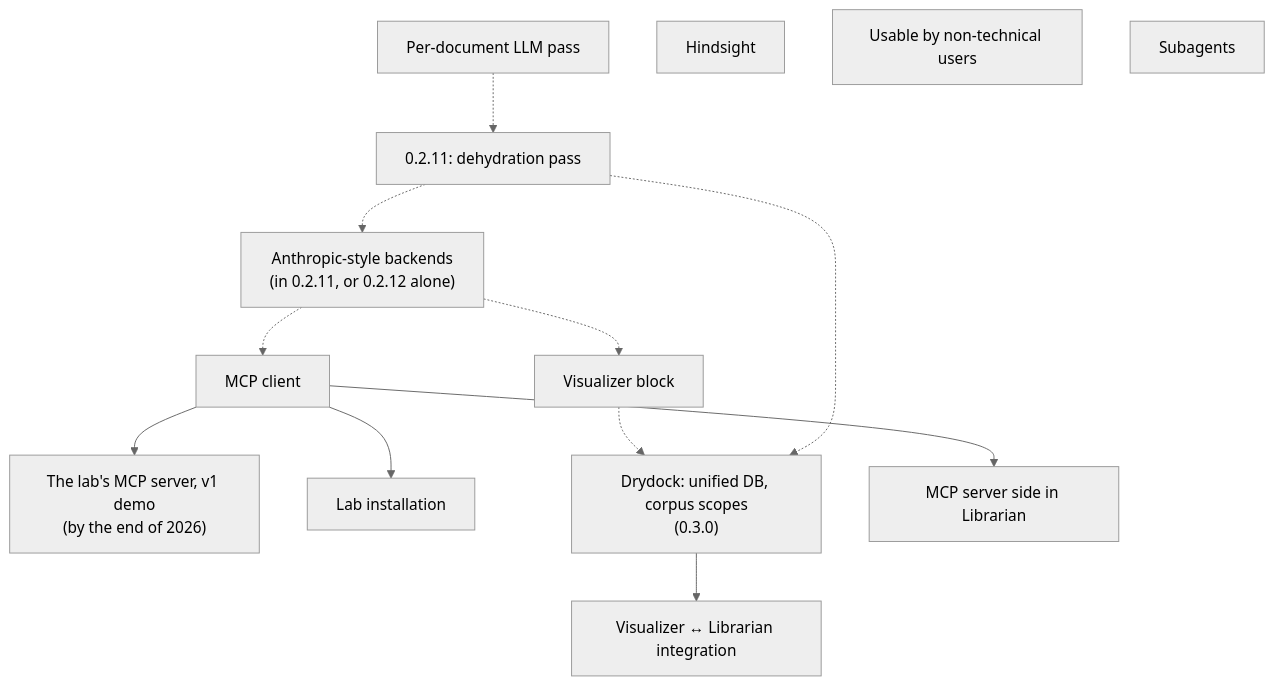
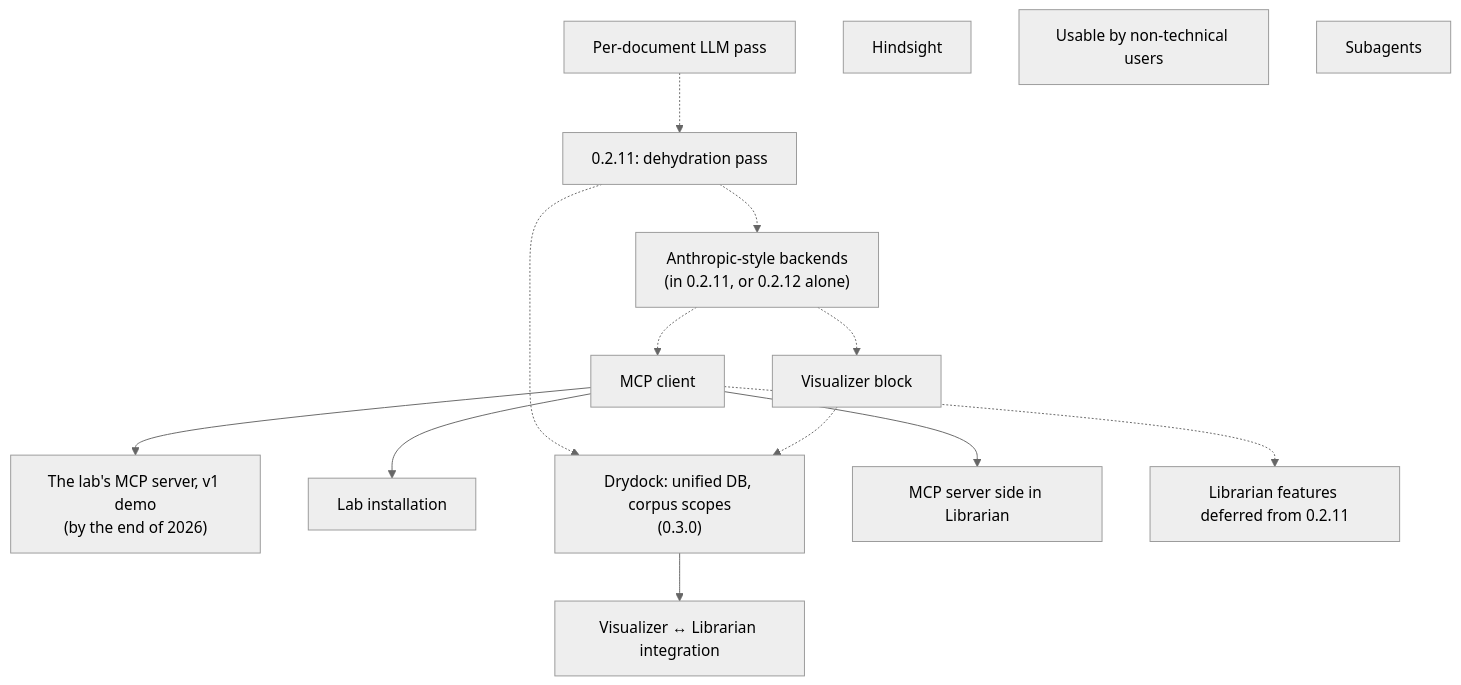
Before and after one commit to Technologicat/raven: the diagram in briefs/roadmap.md, drawn with Mermaid (neutral theme). The commit also changed other lines of this file and 2 other files, not shown here.

First line of the commit message:
Roadmap: the MCP client before the items deferred from 0.2.11

````diff
--- a/briefs/roadmap.md
+++ b/briefs/roadmap.md
@@ -13,27 +13,29 @@
 ```mermaid
 flowchart TD
     PDP["Per-document LLM pass"]
     T11["0.2.11: dehydration pass"]
     ANT["Anthropic-style backends<br/>(in 0.2.11, or 0.2.12 alone)"]
     VIS["Visualizer block"]
     MCP["MCP client"]
     LABMCP["The lab's MCP server, v1 demo<br/>(by the end of 2026)"]
     LABINST["Lab installation"]
     HS["Hindsight"]
     DD["Drydock: unified DB, corpus scopes<br/>(0.3.0)"]
     INTEG["Visualizer ↔ Librarian integration"]
     USE["Usable by non-technical users"]
     SUB["Subagents"]
     MCPS["MCP server side in Librarian"]
+    LIBF["Librarian features deferred from 0.2.11"]
 
     PDP -.-> T11
     T11 -.-> ANT
     ANT -.-> VIS
     ANT -.-> MCP
     MCP --> LABMCP
     MCP --> LABINST
     T11 -.-> DD
     VIS -.-> DD
     DD --> INTEG
     MCP --> MCPS
+    MCP -.-> LIBF
 ```
````
